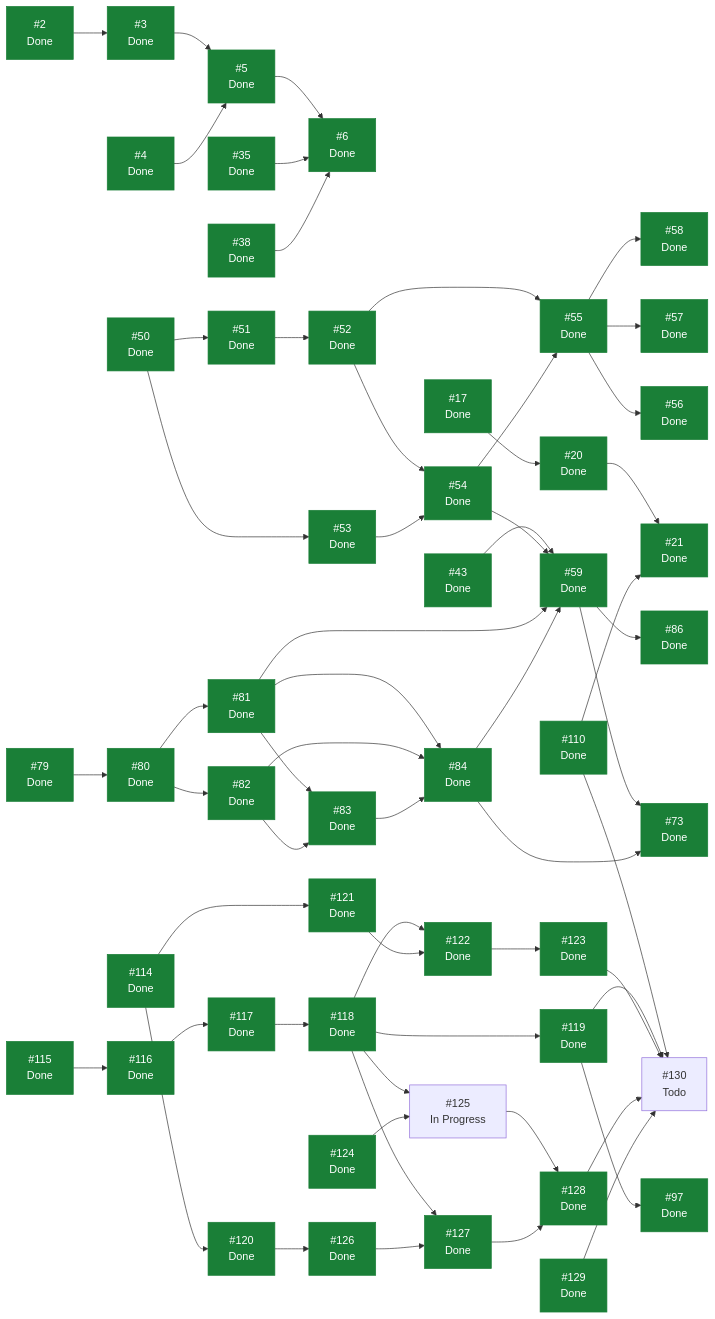
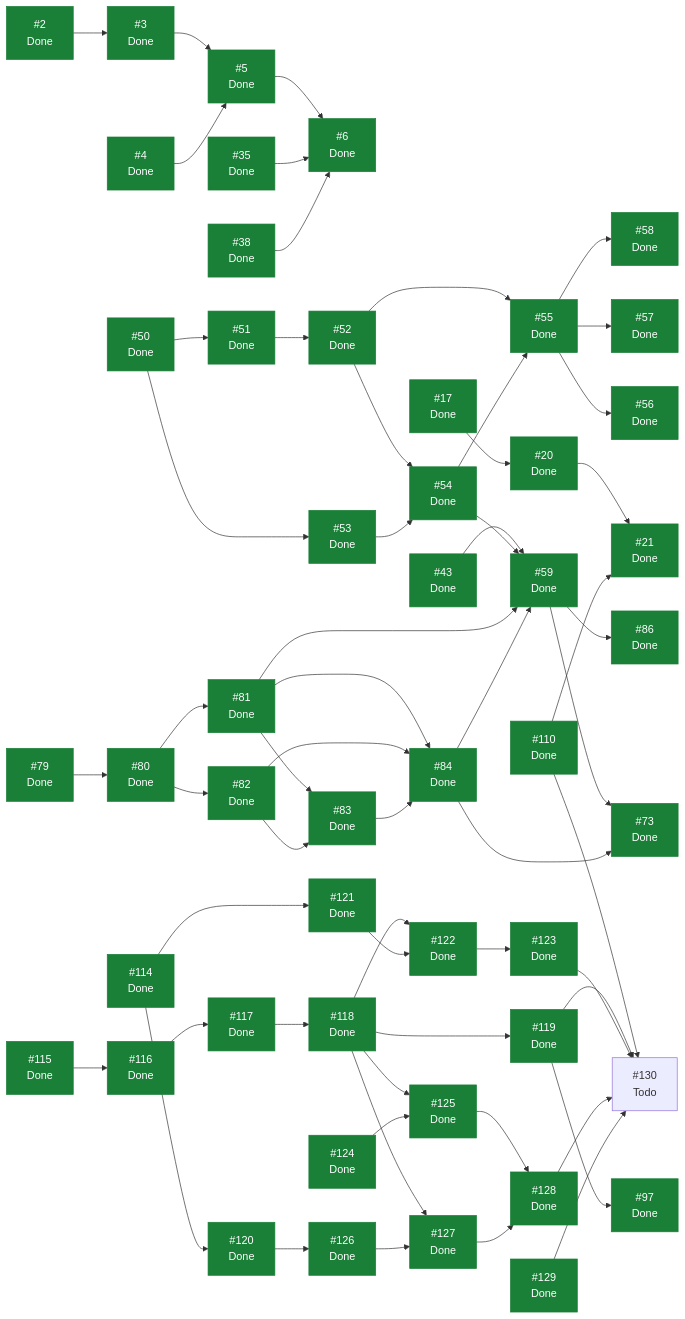
The diagram in docs/planning/STATUS.md (ecamp0s/evault), drawn with Mermaid before and after one commit. The commit also changed other lines of this file, not shown here.

````diff
--- a/docs/planning/STATUS.md
+++ b/docs/planning/STATUS.md
@@ -177,7 +176,7 @@
   I122["#122<br/>Done"]
   I123["#123<br/>Done"]
   I124["#124<br/>Done"]
-  I125["#125<br/>In Progress"]
+  I125["#125<br/>Done"]
   I126["#126<br/>Done"]
   I127["#127<br/>Done"]
   I128["#128<br/>Done"]
@@ -240,5 +239,5 @@
   I128 --> I130
   I129 --> I130
   classDef hecho fill:#1a7f37,stroke:#1a7f37,color:#fff;
-  class I2,I3,I4,I5,I6,I17,I20,I21,I35,I38,I43,I50,I51,I52,I53,I54,I55,I56,I57,I58,I59,I73,I79,I80,I81,I82,I83,I84,I86,I97,I110,I114,I115,I116,I117,I118,I119,I120,I121,I122,I123,I124,I126,I127,I128,I129 hecho;
+  class I2,I3,I4,I5,I6,I17,I20,I21,I35,I38,I43,I50,I51,I52,I53,I54,I55,I56,I57,I58,I59,I73,I79,I80,I81,I82,I83,I84,I86,I97,I110,I114,I115,I116,I117,I118,I119,I120,I121,I122,I123,I124,I125,I126,I127,I128,I129 hecho;
 ```
````
